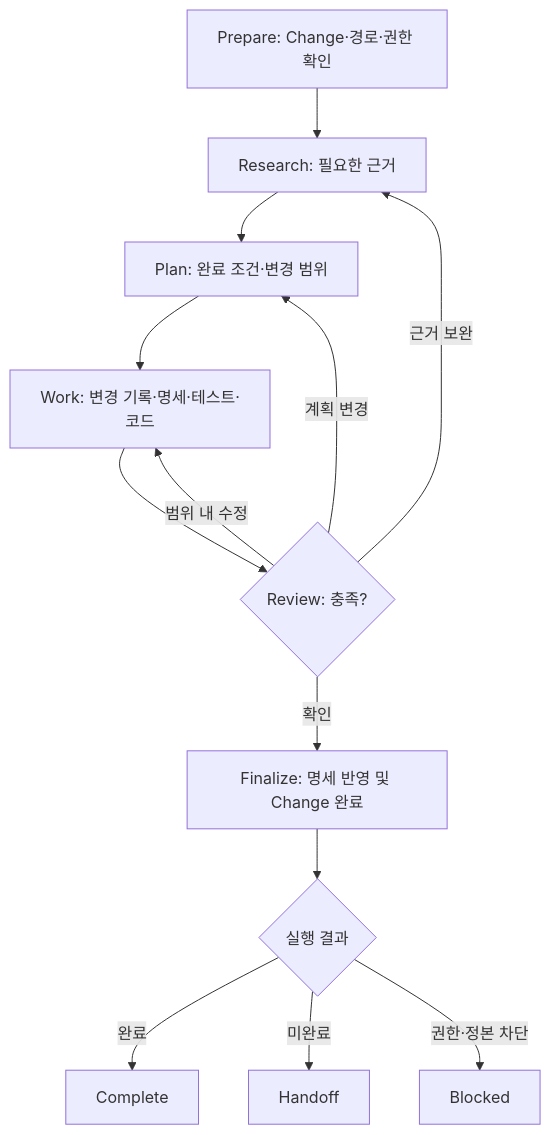
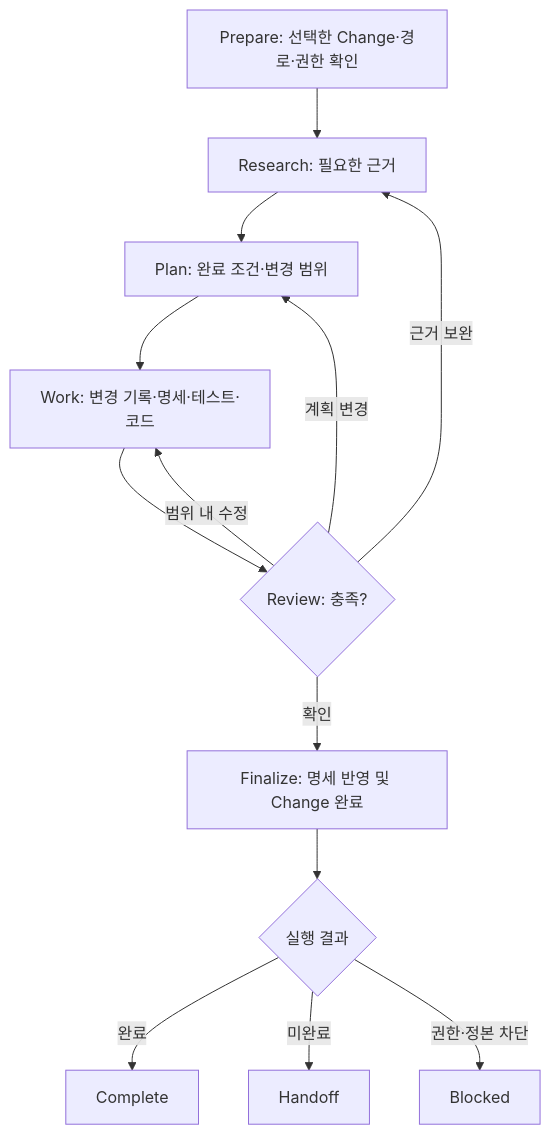
The diagram in src/rulesync/.rulesync/skills/mols-stdd/references/default-workflow.md (mols3131d/mols-agent-assets), drawn with Mermaid before and after one commit. The commit also changed other lines of this file and 14 other files, not shown here.

````diff
--- a/src/rulesync/.rulesync/skills/mols-stdd/references/default-workflow.md
+++ b/src/rulesync/.rulesync/skills/mols-stdd/references/default-workflow.md
@@ -5,15 +5,15 @@
 ```mermaid
 flowchart TD
-    A["Prepare: Change·경로·권한 확인"] --> B["Research: 필요한 근거"]
+    A["Prepare: 선택한 Change·경로·권한 확인"] --> B["Research: 필요한 근거"]
     B --> C["Plan: 완료 조건·변경 범위"]
     C --> D["Work: 변경 기록·명세·테스트·코드"]
     D --> E{"Review: 충족?"}
     E -->|"근거 보완"| B
     E -->|"계획 변경"| C
     E -->|"범위 내 수정"| D
     E -->|"확인"| F["Finalize: 명세 반영 및 Change 완료"]
     F --> G{"실행 결과"}
     G -->|"완료"| H["Complete"]
     G -->|"미완료"| I["Handoff"]
     G -->|"권한·정본 차단"| J["Blocked"]
 ```
````
